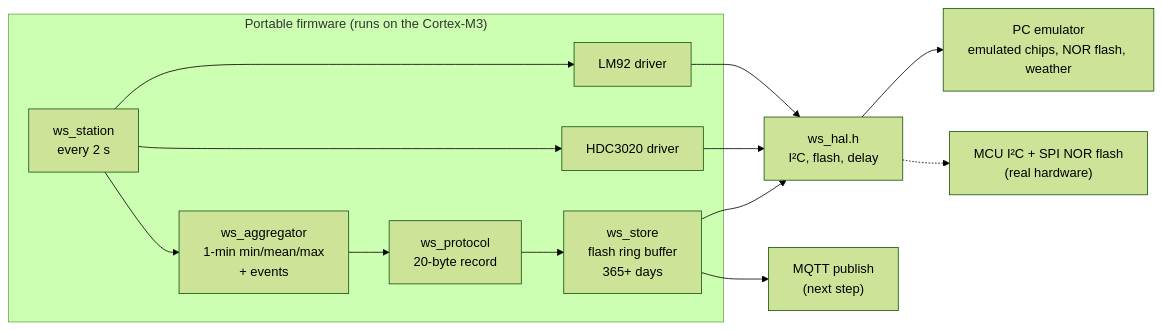
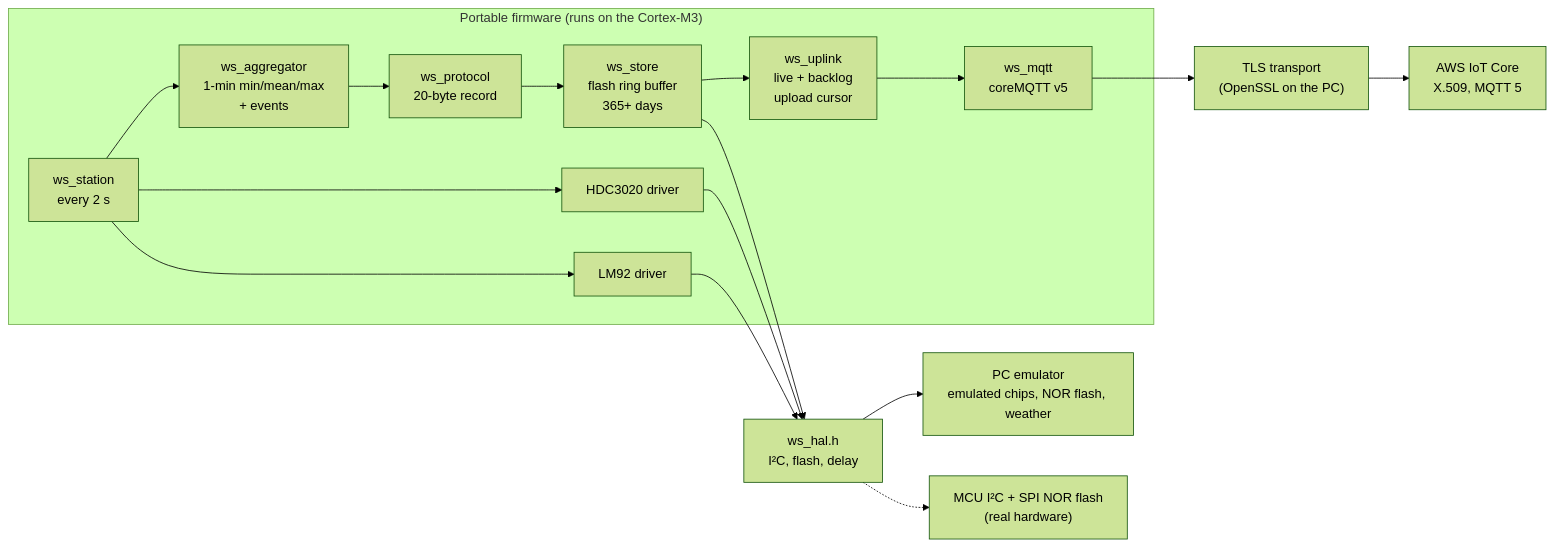
One commit to j0kerZ/invivo-weather-station changed the diagram in README.md. Above: the diagram before and after it, drawn with Mermaid (forest theme). The commit also changed other lines of this file and 37 other files, not shown here.

First line of the commit message:
Publish to AWS IoT Core with device certificates and backlog upload

````diff
--- a/README.md
+++ b/README.md
@@ -56,15 +56,18 @@
 ```mermaid
 flowchart LR
     subgraph portable["Portable firmware (runs on the Cortex-M3)"]
         station["ws_station<br/>every 2 s"] --> lm92["LM92 driver"]
         station --> hdc["HDC3020 driver"]
         station --> agg["ws_aggregator<br/>1-min min/mean/max<br/>+ events"]
         agg --> proto["ws_protocol<br/>20-byte record"]
         proto --> store["ws_store<br/>flash ring buffer<br/>365+ days"]
+        store --> uplink["ws_uplink<br/>live + backlog<br/>upload cursor"]
+        uplink --> mqttc["ws_mqtt<br/>coreMQTT v5"]
     end
     lm92 & hdc --> hal["ws_hal.h<br/>I²C, flash, delay"]
     store --> hal
     hal --> emu["PC emulator<br/>emulated chips, NOR flash, weather"]
     hal -.-> mcu["MCU I²C + SPI NOR flash<br/>(real hardware)"]
-    store --> mqtt["MQTT publish<br/>(next step)"]
+    mqttc --> net["TLS transport<br/>(OpenSSL on the PC)"]
+    net --> iot["AWS IoT Core<br/>X.509, MQTT 5"]
 ```
````
